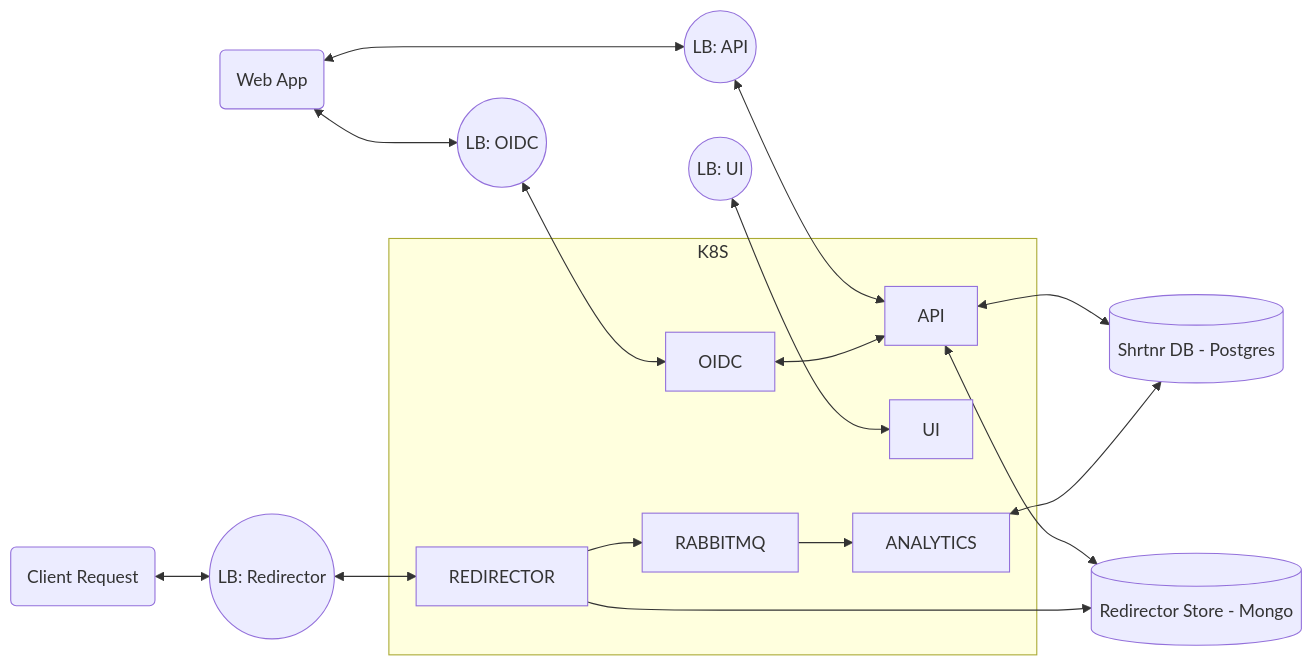
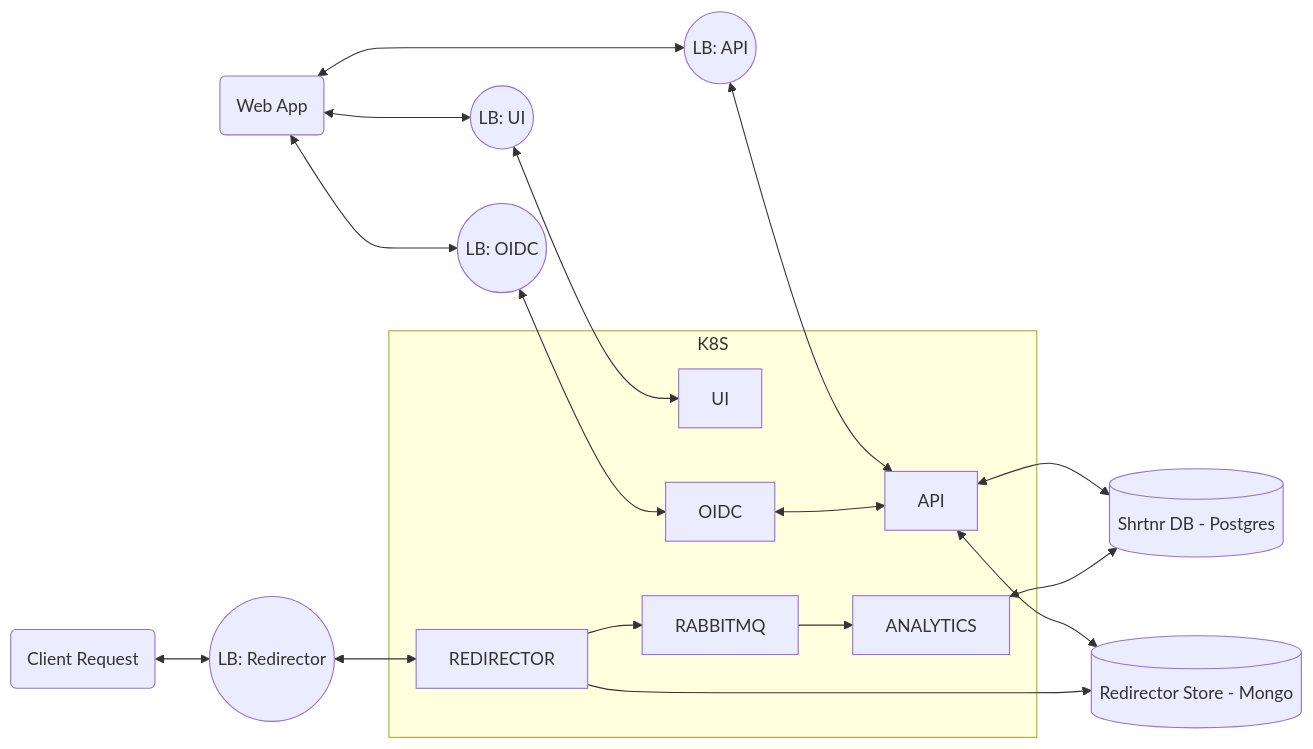
Before and after one commit to terrance00/shrtnr-docs: the diagram in docs_src/architectural-overview.md, drawn with Mermaid. The commit also changed 1 other file, not shown here.

Commit message:
Chore: Diagram fix | Index info

````diff
--- a/docs_src/architectural-overview.md
+++ b/docs_src/architectural-overview.md
@@ -22,23 +22,24 @@
 ```mermaid
 flowchart LR
   WEB_APP(Web App) <--> LB_OIDC
   WEB_APP <--> LB_API
+  WEB_APP <--> LB_UI
   LB_API((LB: API)) <--> API
   Client_Request(Client Request) <--> LB_REDIRECTOR
   LB_REDIRECTOR((LB: Redirector)) <--> REDIRECTOR
   LB_UI((LB: UI)) <--> UI
   LB_OIDC((LB: OIDC)) <--> OIDC
   subgraph K8S
     UI
     API
     REDIRECTOR
     RABBITMQ --> ANALYTICS
     OIDC <--> API
     REDIRECTOR --> RABBITMQ
   end
   API <--> DB_Mongo[(Redirector Store - Mongo)]
   API <--> DB_Postgres[(Shrtnr DB - Postgres)]
   REDIRECTOR --> DB_Mongo
   ANALYTICS <--> DB_Postgres
 
 ```
````
